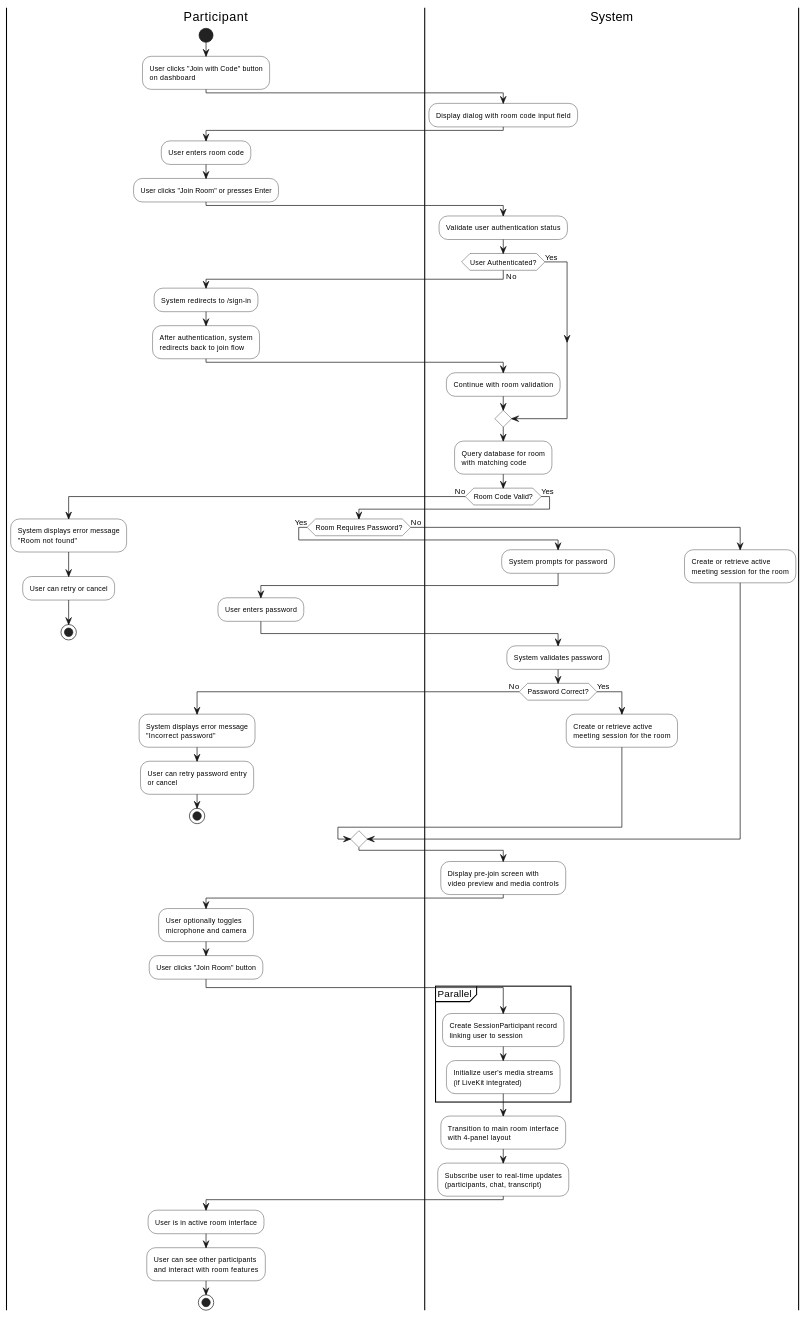
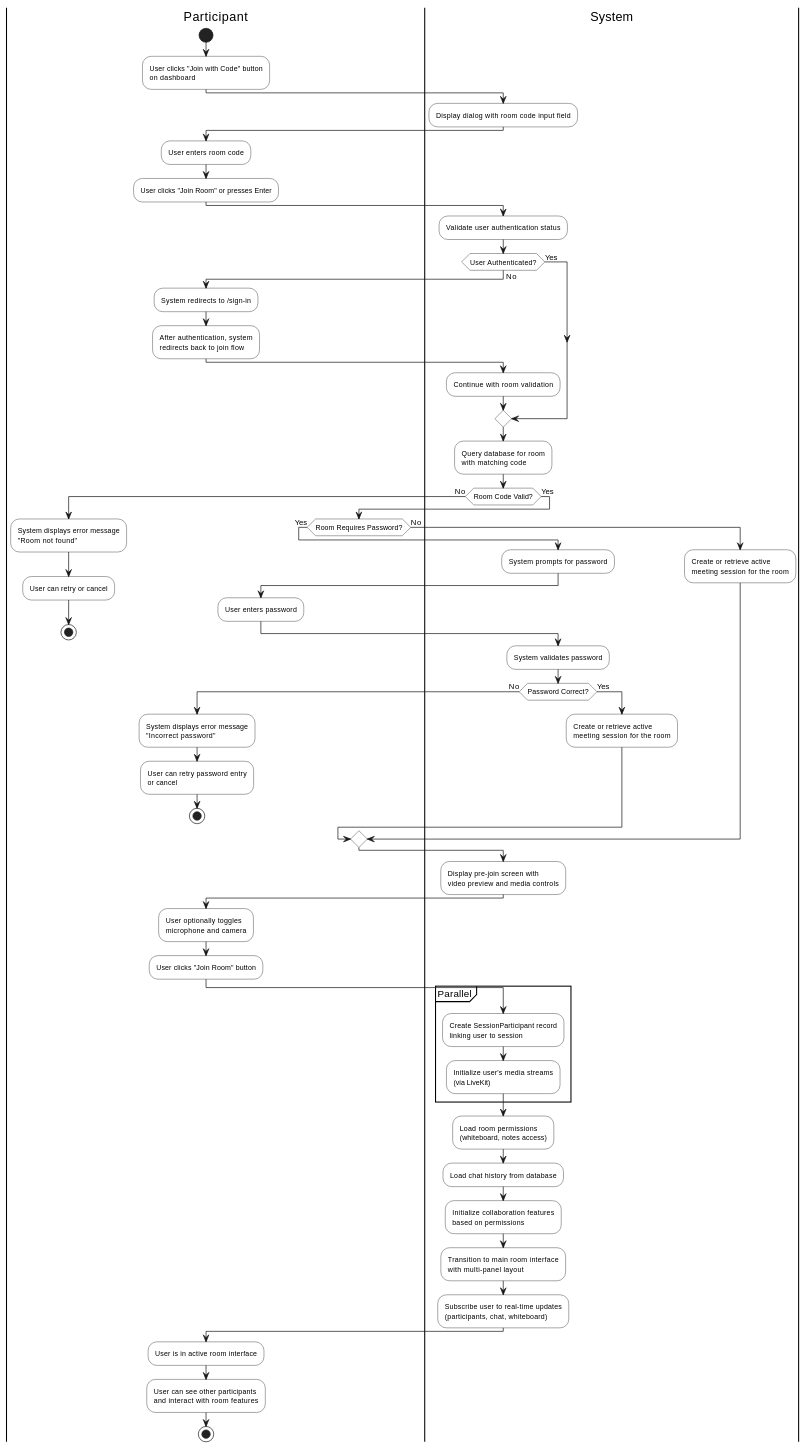
One commit to pho-veteran/stoom changed the sixth of 19 diagrams in stoom-app/reports.md. Above: the diagram before and after it, drawn with PlantUML. The commit also changed other lines of this file and 44 other files, not shown here.

```diff
--- a/stoom-app/reports.md
+++ b/stoom-app/reports.md
@@ -559,10 +610,15 @@
 |System|
 partition Parallel {
     :Create SessionParticipant record\nlinking user to session;
-    :Initialize user's media streams\n(if LiveKit integrated);
+    :Initialize user's media streams\n(via LiveKit);
 }
-:Transition to main room interface\nwith 4-panel layout;
-:Subscribe user to real-time updates\n(participants, chat, transcript);
+
+:Load room permissions\n(whiteboard, notes access);
+:Load chat history from database;
+:Initialize collaboration features\nbased on permissions;
+
+:Transition to main room interface\nwith multi-panel layout;
+:Subscribe user to real-time updates\n(participants, chat, whiteboard);
 
 |Participant|
 :User is in active room interface;
```
